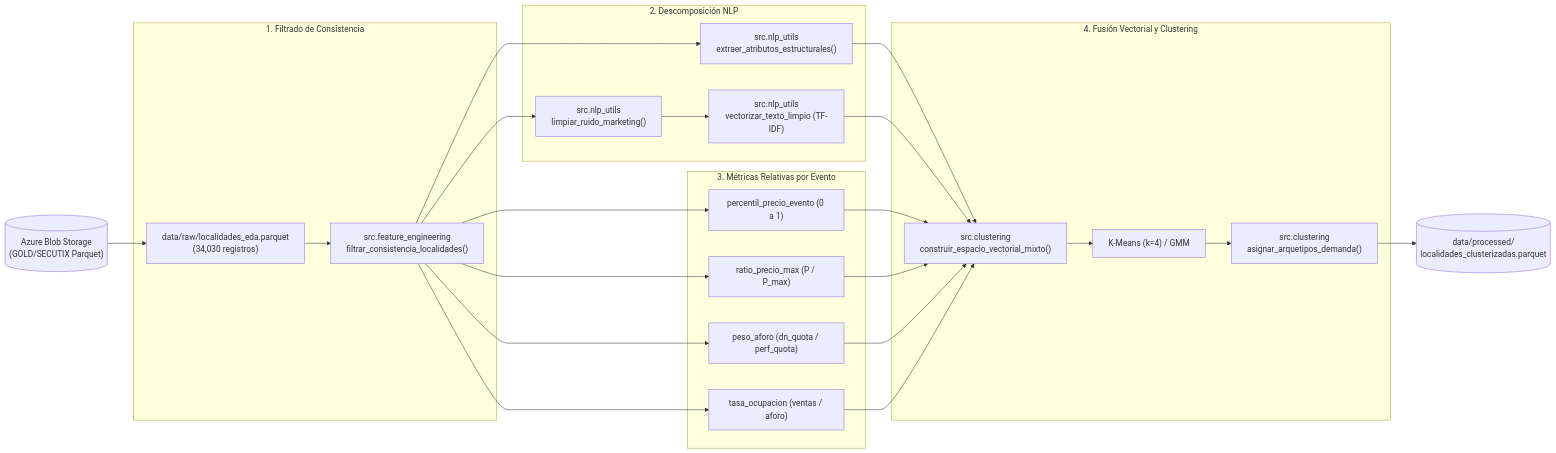
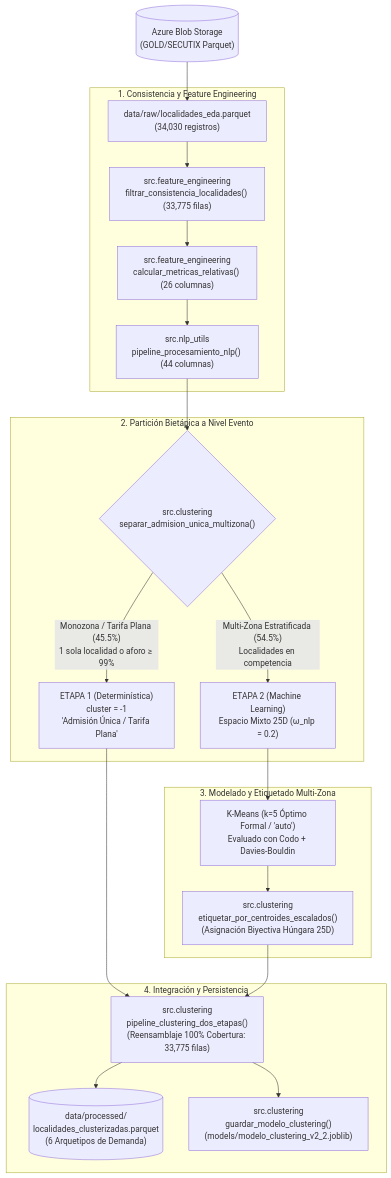
One commit to valentinatuboleta/clusterizacion-localidades changed the second of 3 diagrams in DOCUMENTACION_MODELO_CLUSTERIZACION.md. Above: the diagram before and after it, drawn with Mermaid. The commit also changed other lines of this file and 18 other files, not shown here.

````diff
--- a/DOCUMENTACION_MODELO_CLUSTERIZACION.md
+++ b/DOCUMENTACION_MODELO_CLUSTERIZACION.md
@@ -47,29 +47,27 @@
 ```mermaid
-flowchart LR
+flowchart TD
     A[("Azure Blob Storage\n(GOLD/SECUTIX Parquet)")] --> B["data/raw/localidades_eda.parquet\n(34,030 registros)"]
     
-    subgraph S1 ["1. Filtrado de Consistencia"]
-        B --> C["src.feature_engineering\nfiltrar_consistencia_localidades()"]
+    subgraph S1 ["1. Consistencia y Feature Engineering"]
+        B --> C["src.feature_engineering\nfiltrar_consistencia_localidades() (33,775 filas)"]
+        C --> D["src.feature_engineering\ncalcular_metricas_relativas() (26 columnas)"]
+        D --> E["src.nlp_utils\npipeline_procesamiento_nlp() (44 columnas)"]
     end
 
-    subgraph S2 ["2. Descomposición NLP"]
-        C --> D1["src.nlp_utils\nlimpiar_ruido_marketing()"]
-        C --> D2["src.nlp_utils\nextraer_atributos_estructurales()"]
-        D1 --> D3["src.nlp_utils\nvectorizar_texto_limpio (TF-IDF)"]
+    subgraph S2 ["2. Partición Bietápica a Nivel Evento"]
+        E --> F{"src.clustering\nseparar_admision_unica_multizona()"}
+        F -->|"Monozona / Tarifa Plana (45.5%)\n1 sola localidad o aforo ≥ 99%"| G["ETAPA 1 (Determinística)\ncluster = -1\n'Admisión Única / Tarifa Plana'"]
+        F -->|"Multi-Zona Estratificada (54.5%)\nLocalidades en competencia"| H["ETAPA 2 (Machine Learning)\nEspacio Mixto 25D (ω_nlp = 0.2)"]
     end
 
-    subgraph S3 ["3. Métricas Relativas por Evento"]
-        C --> E1["percentil_precio_evento (0 a 1)"]
-        C --> E2["ratio_precio_max (P / P_max)"]
-        C --> E3["peso_aforo (dn_quota / perf_quota)"]
-        C --> E4["tasa_ocupacion (ventas / aforo)"]
+    subgraph S3 ["3. Modelado y Etiquetado Multi-Zona"]
+        H --> I["K-Means (k=5 Óptimo Formal / 'auto')\nEvaluado con Codo + Davies-Bouldin"]
+        I --> J["src.clustering\netiquetar_por_centroides_escalados()\n(Asignación Biyectiva Húngara 25D)"]
     end
 
-    subgraph S4 ["4. Fusión Vectorial y Clustering"]
-        D2 & D3 & E1 & E2 & E3 & E4 --> F["src.clustering\nconstruir_espacio_vectorial_mixto()"]
-        F --> G["K-Means (k=4) / GMM"]
-        G --> H["src.clustering\nasignar_arquetipos_demanda()"]
+    subgraph S4 ["4. Integración y Persistencia"]
+        G & J --> K["src.clustering\npipeline_clustering_dos_etapas()\n(Reensamblaje 100% Cobertura: 33,775 filas)"]
+        K --> L[("data/processed/\nlocalidades_clusterizadas.parquet\n(6 Arquetipos de Demanda)")]
+        K --> M["src.clustering\nguardar_modelo_clustering()\n(models/modelo_clustering_v2_2.joblib)"]
     end
-
-    H --> I[("data/processed/\nlocalidades_clusterizadas.parquet")]
 ```
````
